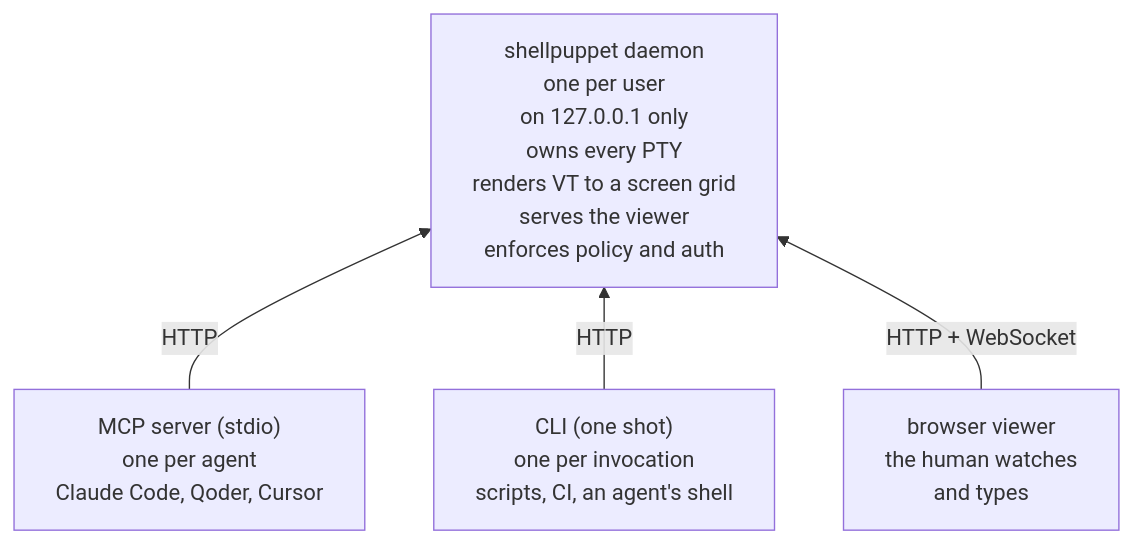
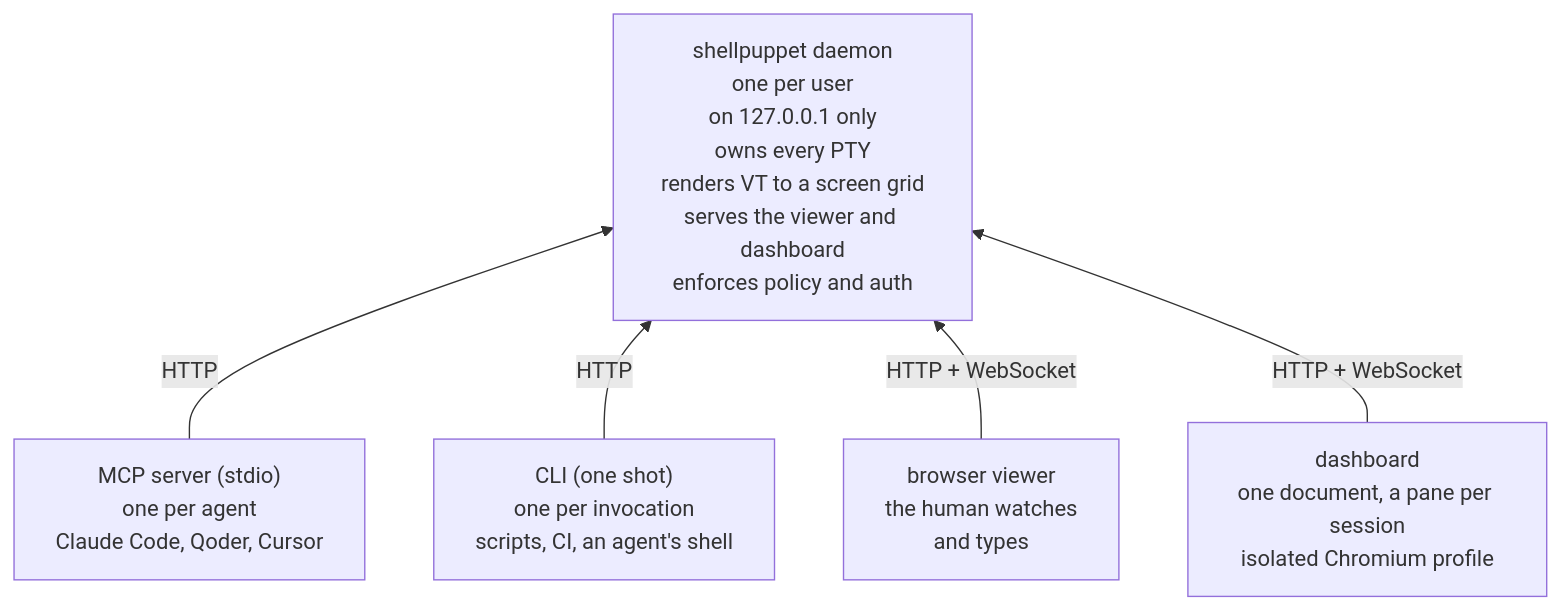
One commit to intermeld/shellpuppet changed the diagram in docs/architecture/design.md. Above: the diagram before and after it, drawn with Mermaid. The commit also changed other lines of this file and 6 other files, not shown here.

````diff
--- a/docs/architecture/design.md
+++ b/docs/architecture/design.md
@@ -51,10 +51,12 @@
 ```mermaid
 flowchart BT
-    daemon["shellpuppet daemon<br/>one per user<br/>on 127.0.0.1 only<br/>owns every PTY<br/>renders VT to a screen grid<br/>serves the viewer<br/>enforces policy and auth"]
+    daemon["shellpuppet daemon<br/>one per user<br/>on 127.0.0.1 only<br/>owns every PTY<br/>renders VT to a screen grid<br/>serves the viewer and dashboard<br/>enforces policy and auth"]
     mcp["MCP server (stdio)<br/>one per agent<br/>Claude Code, Qoder, Cursor"]
     cli["CLI (one shot)<br/>one per invocation<br/>scripts, CI, an agent's shell"]
     viewer["browser viewer<br/>the human watches<br/>and types"]
+    dash["dashboard<br/>one document, a pane per session<br/>isolated Chromium profile"]
     mcp -- "HTTP" --> daemon
     cli -- "HTTP" --> daemon
     viewer -- "HTTP + WebSocket" --> daemon
+    dash -- "HTTP + WebSocket" --> daemon
 ```
````
